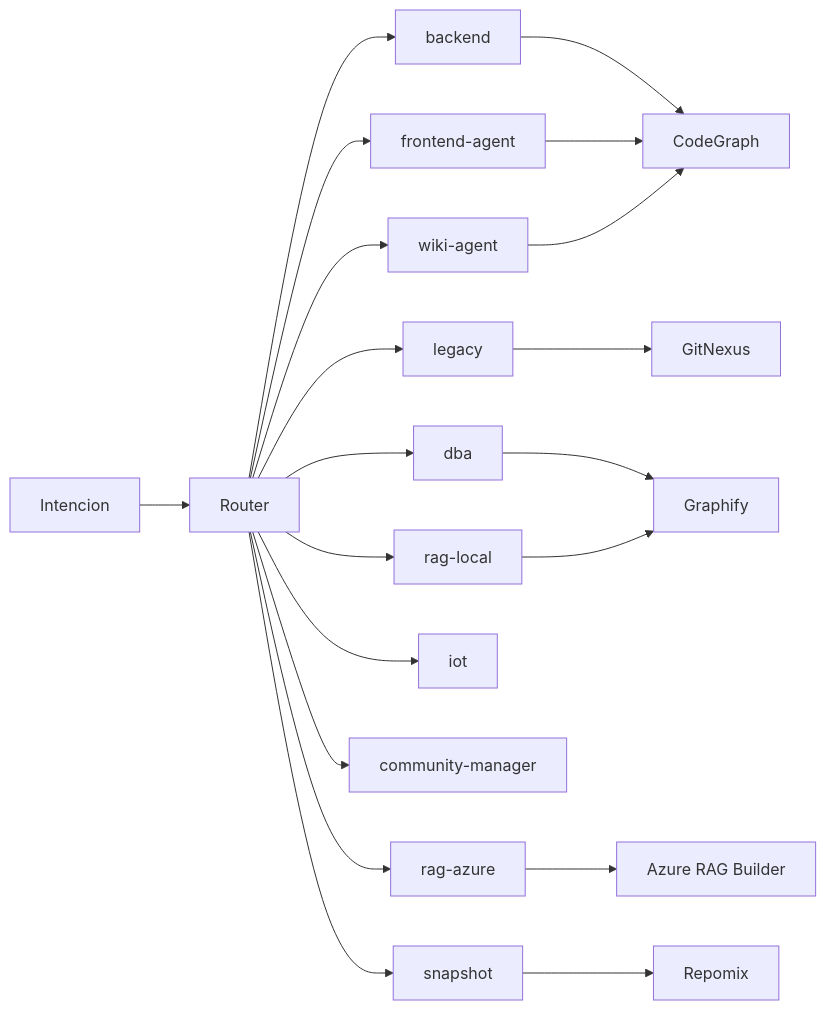
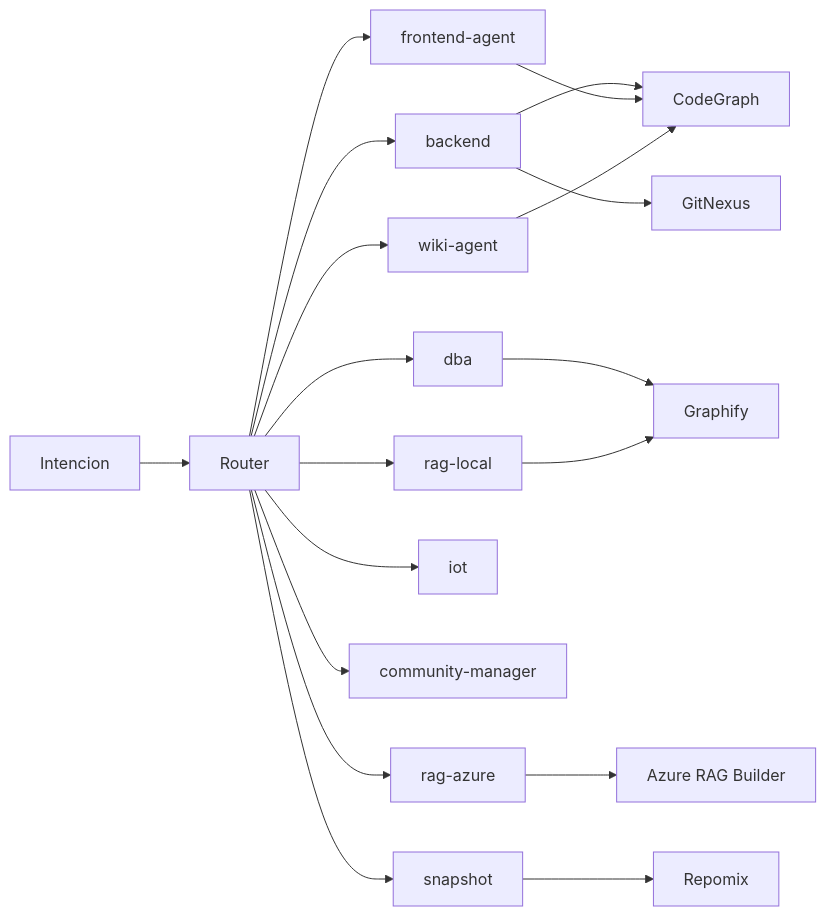
Before and after one commit to Sertxito/mcp-efficiency-engine: the diagram in AGENTS.md, drawn with Mermaid. The commit also changed other lines of this file and 94 other files, not shown here.

````diff
--- a/AGENTS.md
+++ b/AGENTS.md
@@ -101,22 +101,21 @@
 ```mermaid
 flowchart LR
   I[Intencion] --> RT[Router]
   RT --> DEV[backend]
   RT --> FE[frontend-agent]
-  RT --> LEG[legacy]
   RT --> DBA[dba]
   RT --> RLOCAL[rag-local]
   RT --> RAZ[rag-azure]
   RT --> IOT[iot]
   RT --> COM[community-manager]
   RT --> WIKI[wiki-agent]
   RT --> SNAP[snapshot]
   DEV --> CG[CodeGraph]
   FE --> CG
-  LEG --> GN[GitNexus]
+  DEV --> GN[GitNexus]
   DBA --> GF[Graphify]
   RLOCAL --> GF
   RAZ --> AZRAG[Azure RAG Builder]
   WIKI --> CG
   SNAP --> RPX[Repomix]
 ```
````
